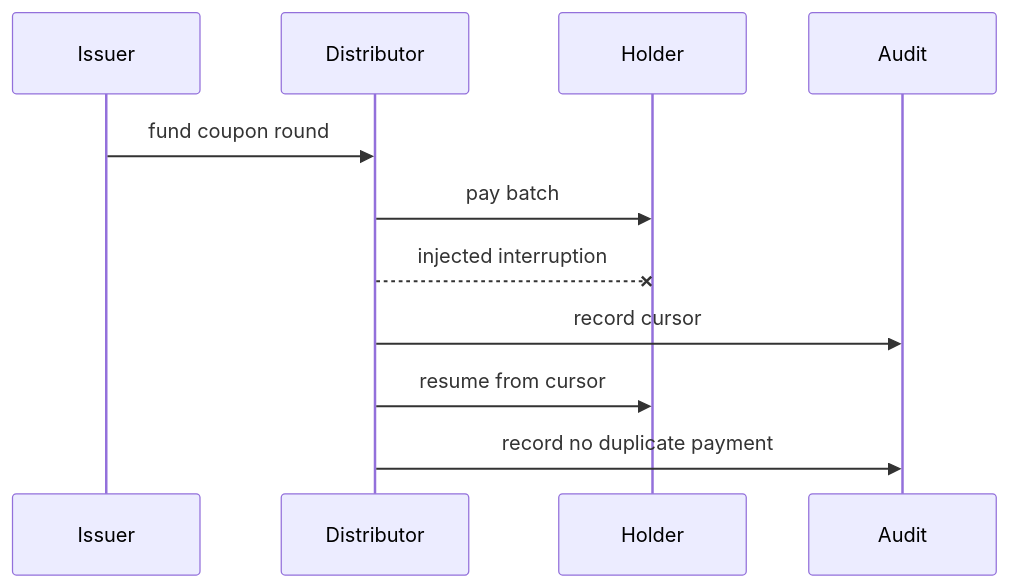
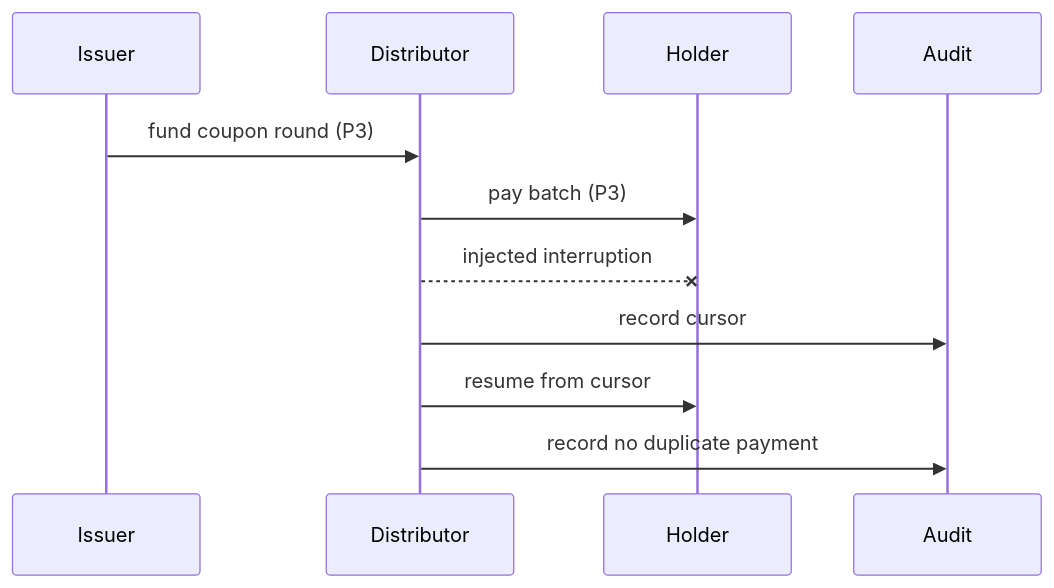
Before and after one commit to vishnugovind10/tokenize-stack: the fourth of 4 diagrams in ARCHITECTURE.md, drawn with Mermaid. The commit also changed other lines of this file and 15 other files, not shown here.

````diff
--- a/ARCHITECTURE.md
+++ b/ARCHITECTURE.md
@@ -69,13 +76,13 @@
 ```mermaid
 sequenceDiagram
     participant Issuer
     participant Distributor
     participant Holder
     participant Audit
-    Issuer->>Distributor: fund coupon round
-    Distributor->>Holder: pay batch
+    Issuer->>Distributor: fund coupon round (P3)
+    Distributor->>Holder: pay batch (P3)
     Distributor--xHolder: injected interruption
     Distributor->>Audit: record cursor
     Distributor->>Holder: resume from cursor
     Distributor->>Audit: record no duplicate payment
 ```
````
